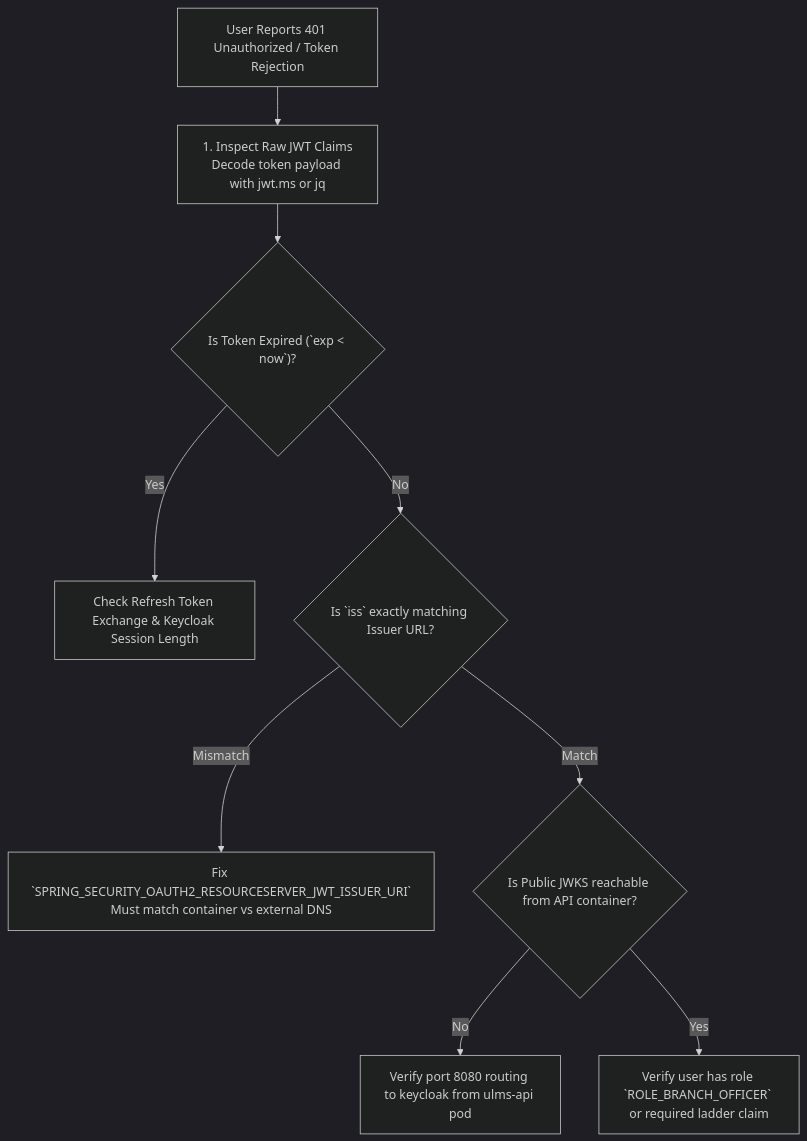
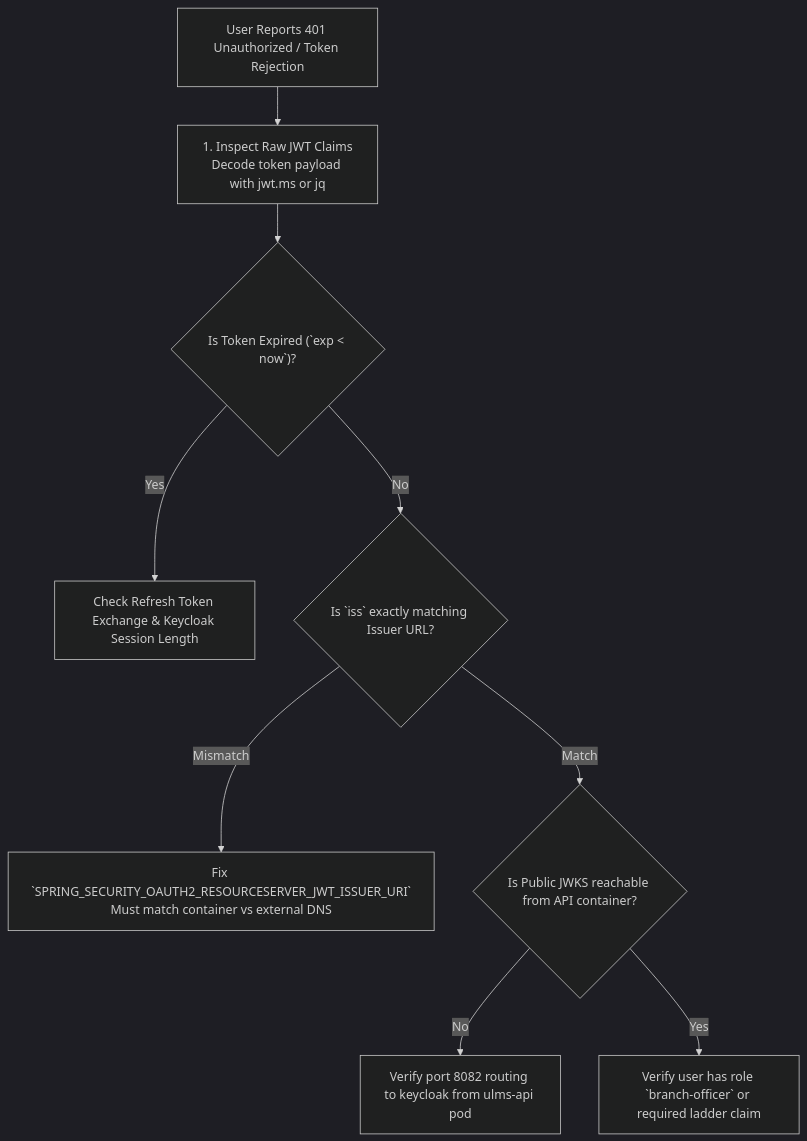
One commit to maz279/ulms changed the diagram in technical_document/02_troubleshooting/DOC-02-TS-04_Keycloak_SSO_OAuth2_Token_Validation_and_JWT_Diagnostics.md. Above: the diagram before and after it, drawn with Mermaid (dark theme). The commit also changed other lines of this file and 128 other files, not shown here.

````diff
--- a/technical_document/02_troubleshooting/DOC-02-TS-04_Keycloak_SSO_OAuth2_Token_Validation_and_JWT_Diagnostics.md
+++ b/technical_document/02_troubleshooting/DOC-02-TS-04_Keycloak_SSO_OAuth2_Token_Validation_and_JWT_Diagnostics.md
@@ -37,13 +37,13 @@
 ```mermaid
 flowchart TD
     ERR["User Reports 401 Unauthorized / Token Rejection"] --> STEP1["1. Inspect Raw JWT Claims<br/>Decode token payload with jwt.ms or jq"]
     STEP1 --> CHECK_EXP{"Is Token Expired (`exp < now`)?"}
     CHECK_EXP -->|Yes| CHECK_REFRESH["Check Refresh Token Exchange & Keycloak Session Length"]
     CHECK_EXP -->|No| CHECK_ISS{"Is `iss` exactly matching Issuer URL?"}
     
     CHECK_ISS -->|Mismatch| FIX_ENV["Fix `SPRING_SECURITY_OAUTH2_RESOURCESERVER_JWT_ISSUER_URI`<br/>Must match container vs external DNS"]
     CHECK_ISS -->|Match| CHECK_SIG{"Is Public JWKS reachable from API container?"}
     
-    CHECK_SIG -->|No| FIX_NET["Verify port 8080 routing to keycloak from ulms-api pod"]
-    CHECK_SIG -->|Yes| CHECK_ROLES["Verify user has role `ROLE_BRANCH_OFFICER` or required ladder claim"]
+    CHECK_SIG -->|No| FIX_NET["Verify port 8082 routing to keycloak from ulms-api pod"]
+    CHECK_SIG -->|Yes| CHECK_ROLES["Verify user has role `branch-officer` or required ladder claim"]
 ```
````
